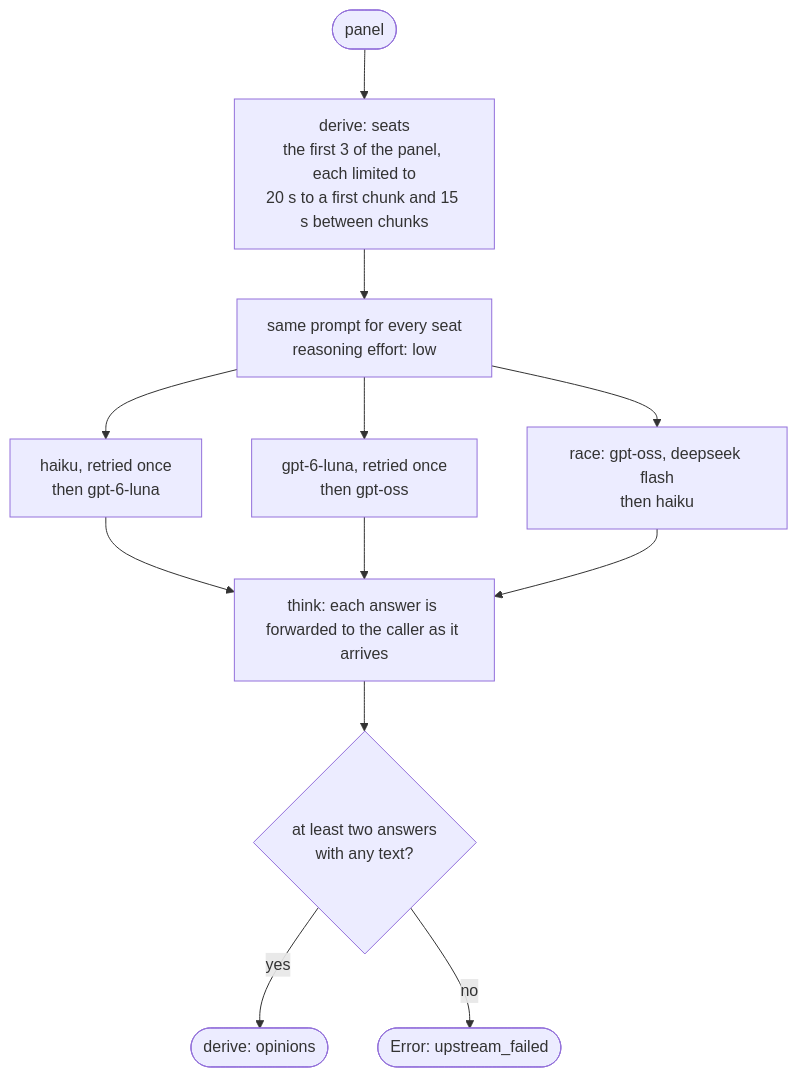
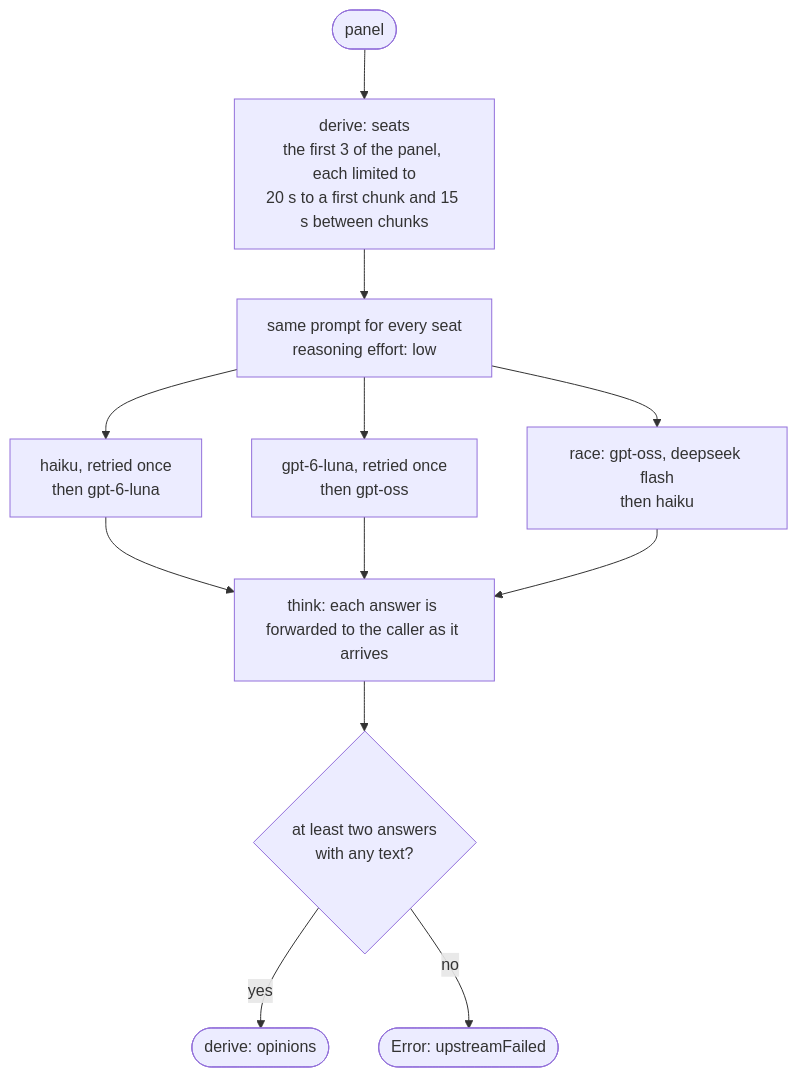
One commit to skrrt-sh/motty-sdk changed the second of 3 diagrams in examples/council/README.md. Above: the diagram before and after it, drawn with Mermaid. The commit also changed other lines of this file and 184 other files, not shown here.

````diff
--- a/examples/council/README.md
+++ b/examples/council/README.md
@@ -62,15 +62,15 @@
 ```mermaid
 flowchart TD
   start([panel]) --> seats["derive: seats<br/>the first 3 of the panel, each limited to<br/>20 s to a first chunk and 15 s between chunks"]
   seats --> brief["same prompt for every seat<br/>reasoning effort: low"]
   brief --> claude["haiku, retried once<br/>then gpt-6-luna"]
   brief --> gpt["gpt-6-luna, retried once<br/>then gpt-oss"]
   brief --> open["race: gpt-oss, deepseek flash<br/>then haiku"]
   claude --> live
   gpt --> live
   open --> live
   live["think: each answer is forwarded to the caller as it arrives"]
   live --> quorum{"at least two answers<br/>with any text?"}
   quorum -- yes --> opinions([derive: opinions])
-  quorum -- no --> failed(["Error: upstream_failed"])
+  quorum -- no --> failed(["Error: upstreamFailed"])
 ```
````
